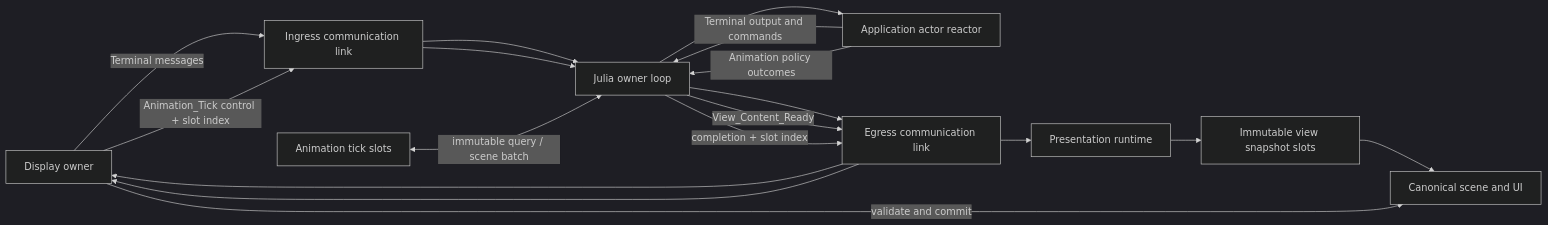
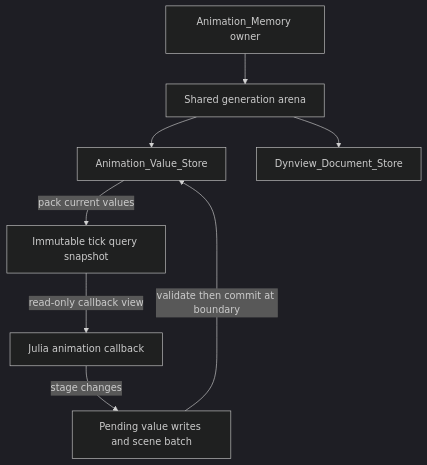
The fifth of 6 diagrams in docs/wiki/Guides/JuliaThreadArchitecture.md (derekshoneycutt/Euclid), drawn with Mermaid (dark theme) before and after one commit. The commit also changed other lines of this file and 11 other files, not shown here.

````diff
--- a/docs/wiki/Guides/JuliaThreadArchitecture.md
+++ b/docs/wiki/Guides/JuliaThreadArchitecture.md
@@ -192,23 +276,18 @@
 ```mermaid
-flowchart LR
-  D[Display owner]
-  RI[Ingress communication link]
-  J[Julia owner loop]
-  A[Application actor reactor]
-  RE[Egress communication link]
-  PR[Presentation runtime]
-  VS[Immutable view snapshot slots]
-  TS[Animation tick slots]
-  C[Canonical scene and UI]
+flowchart TB
+    Owner[Animation_Memory owner]
+    Arena[Shared generation arena]
+    Values[Animation_Value_Store]
+    Documents[Dynview_Document_Store]
+    Callback[Julia animation callback]
+    Snapshot[Immutable tick query snapshot]
+    Commands[Pending value writes and scene batch]
 
-  D -->|Terminal messages| RI --> J --> A
-  A -->|Terminal output and commands| J --> RE --> D
-  A -->|Animation policy outcomes| J
-
-  J -->|View_Content_Ready| RE --> PR --> VS --> C
-
-  D -->|Animation_Tick control + slot index| RI --> J
-  TS <-->|immutable query / scene batch| J
-  J -->|completion + slot index| RE --> D
-  D -->|validate and commit| C
+    Owner --> Arena
+    Arena --> Values
+    Arena --> Documents
+    Values -->|pack current values| Snapshot
+    Snapshot -->|read-only callback view| Callback
+    Callback -->|stage changes| Commands
+    Commands -->|validate then commit at boundary| Values
 ```
````
